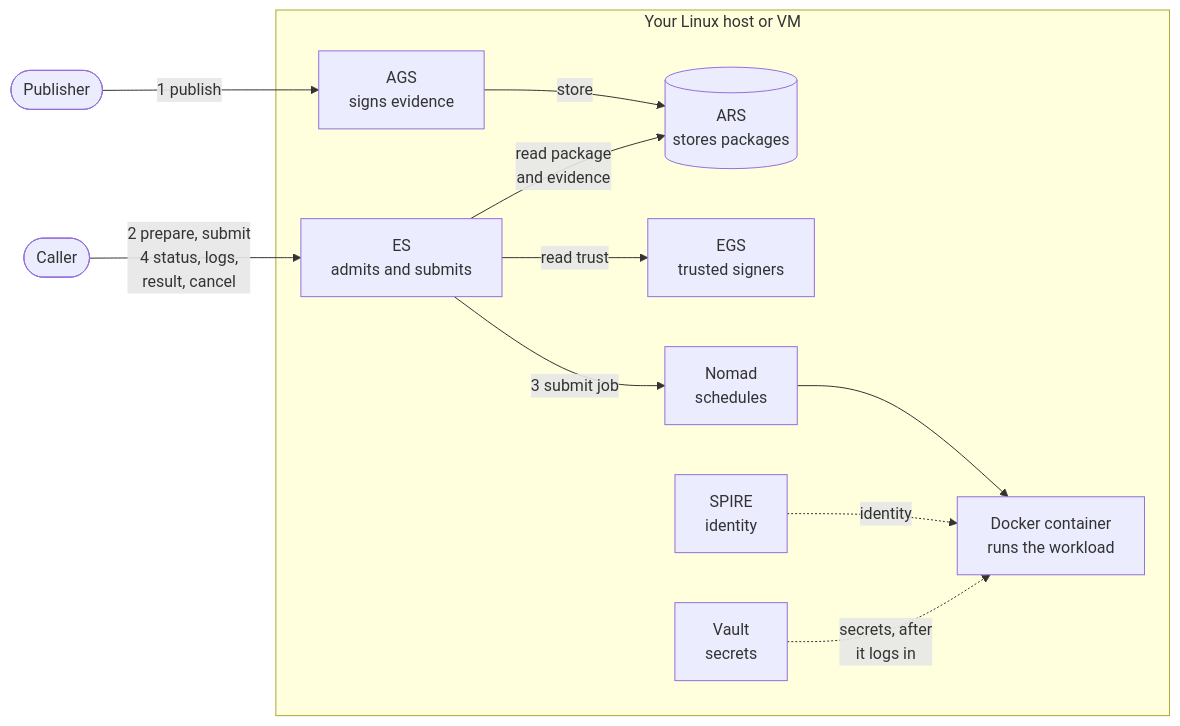
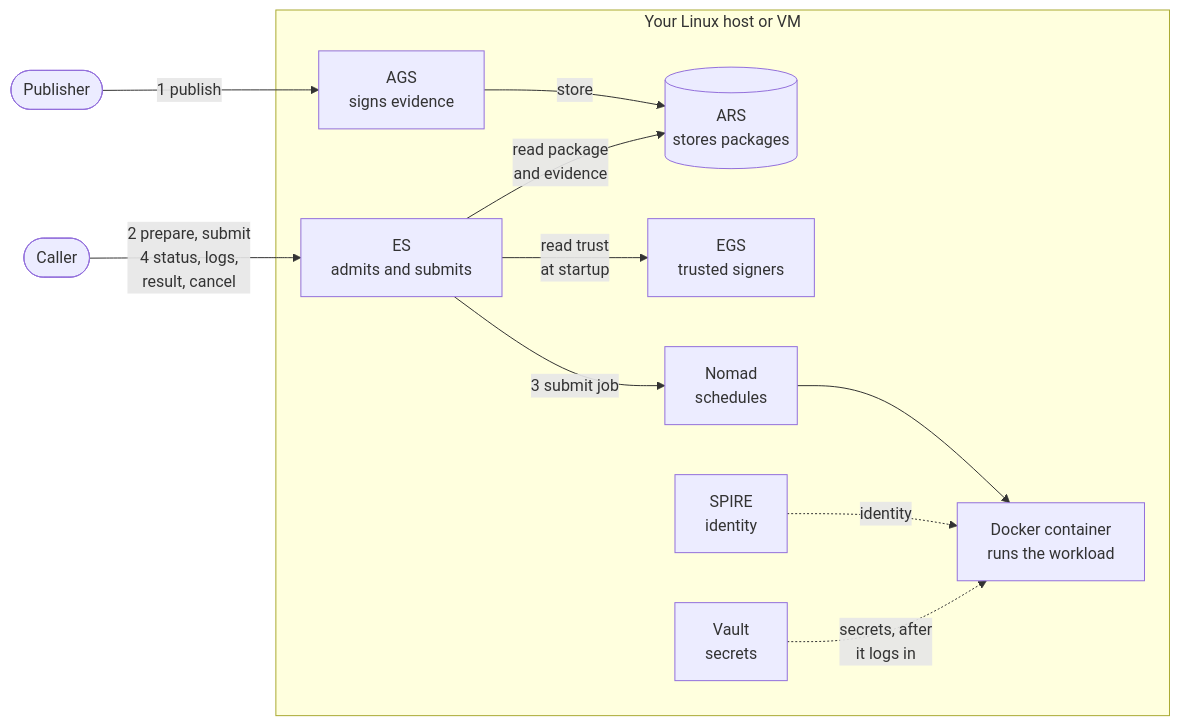
The diagram in README.md (evo-agi/Execution-Substrate), drawn with Mermaid before and after one commit. The commit also changed other lines of this file, not shown here.

````diff
--- a/README.md
+++ b/README.md
@@ -14,26 +14,26 @@
 ```mermaid
 flowchart LR
     Publisher(["Publisher"])
     Caller(["Caller"])
 
     subgraph Host["Your Linux host or VM"]
         AGS["AGS<br/>signs evidence"]
         ES["ES<br/>admits and submits"]
         ARS[("ARS<br/>stores packages")]
         EGS["EGS<br/>trusted signers"]
         Nomad["Nomad<br/>schedules"]
         SPIRE["SPIRE<br/>identity"]
         Vault["Vault<br/>secrets"]
         Task["Docker container<br/>runs the workload"]
     end
 
     Publisher -->|"1 publish"| AGS
     AGS -->|"store"| ARS
     Caller -->|"2 prepare, submit<br/>4 status, logs,<br/>result, cancel"| ES
     ES -->|"read package<br/>and evidence"| ARS
-    ES -->|"read trust"| EGS
+    ES -->|"read trust<br/>at startup"| EGS
     ES -->|"3 submit job"| Nomad
     Nomad --> Task
     SPIRE -.->|"identity"| Task
     Vault -.->|"secrets, after<br/>it logs in"| Task
 ```
````
